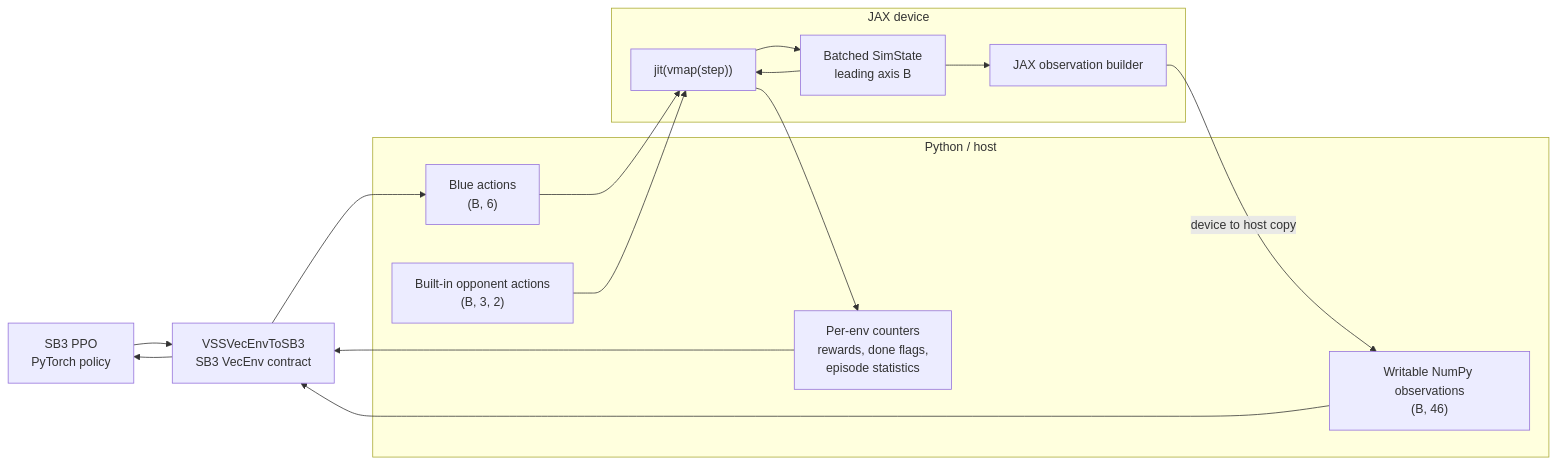
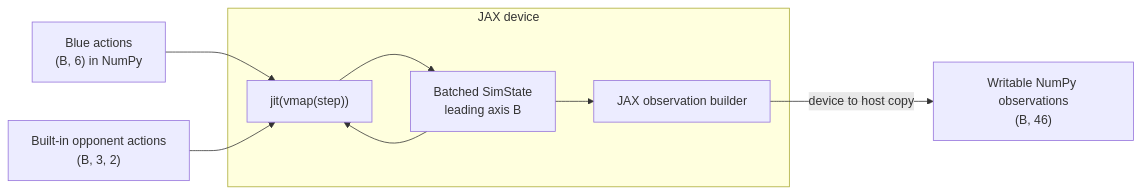
The third of 8 diagrams in STRUCTURE.md (canhotuctor/vsss-sim), drawn with Mermaid before and after one commit. The commit also changed other lines of this file and 35 other files, not shown here.

````diff
--- a/STRUCTURE.md
+++ b/STRUCTURE.md
@@ -108,28 +100,18 @@
 ```mermaid
 flowchart LR
-    ppo["SB3 PPO<br/>PyTorch policy"]
-    sb3api["VSSVecEnvToSB3<br/>SB3 VecEnv contract"]
-
-    subgraph host["Python / host"]
-        actions["Blue actions<br/>(B, 6)"]
-        opponents["Built-in opponent actions<br/>(B, 3, 2)"]
-        bookkeeping["Per-env counters<br/>rewards, done flags,<br/>episode statistics"]
-        numpyobs["Writable NumPy observations<br/>(B, 46)"]
-    end
+    actions["Blue actions<br/>(B, 6) in NumPy"]
+    opponents["Built-in opponent actions<br/>(B, 3, 2)"]
 
     subgraph device["JAX device"]
         state["Batched SimState<br/>leading axis B"]
-        vmapped["jit(vmap(step))"]
-        obsbuilder["JAX observation builder"]
-        state --> vmapped --> state
-        state --> obsbuilder
+        step["jit(vmap(step))"]
+        observation["JAX observation builder"]
+        state --> step --> state
+        state --> observation
     end
 
-    ppo --> sb3api --> actions
-    actions --> vmapped
-    opponents --> vmapped
-    vmapped --> bookkeeping
-    obsbuilder -->|"device to host copy"| numpyobs
-    bookkeeping --> sb3api
-    numpyobs --> sb3api --> ppo
+    exported["Writable NumPy observations<br/>(B, 46)"]
+    actions --> step
+    opponents --> step
+    observation -->|"device to host copy"| exported
 ```
````
